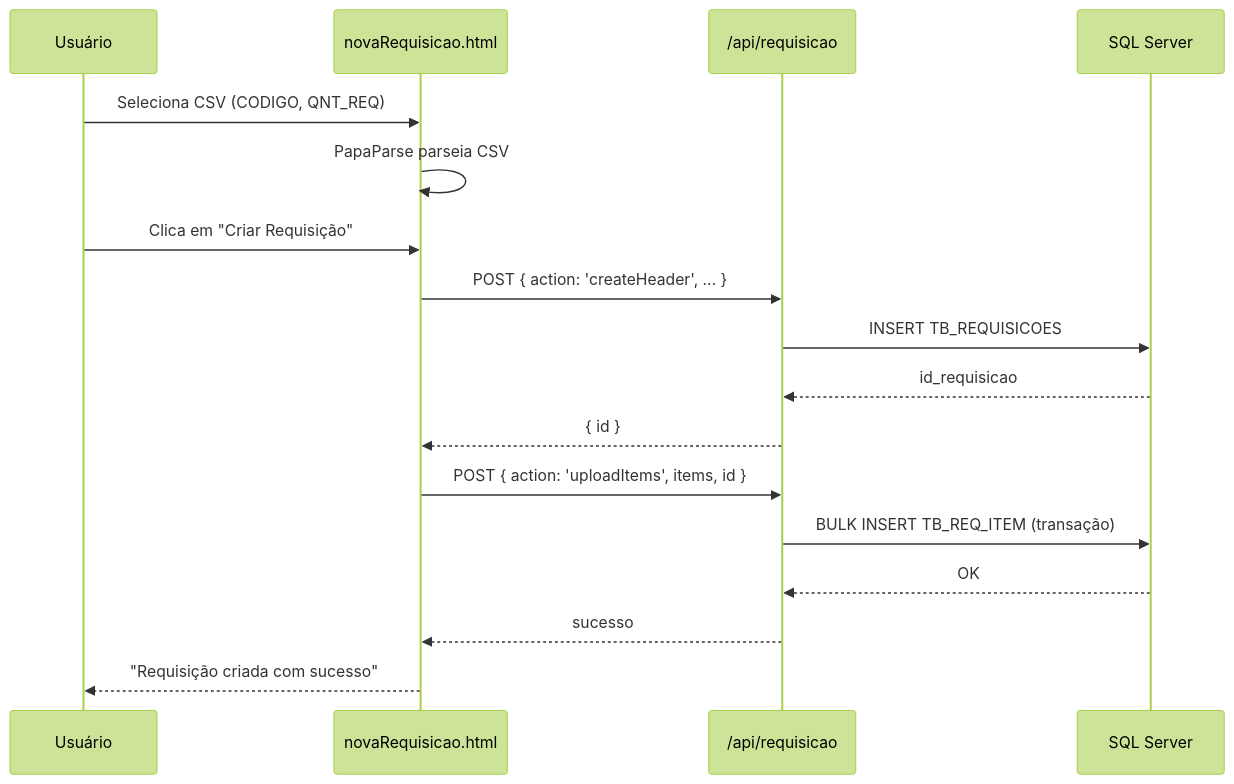
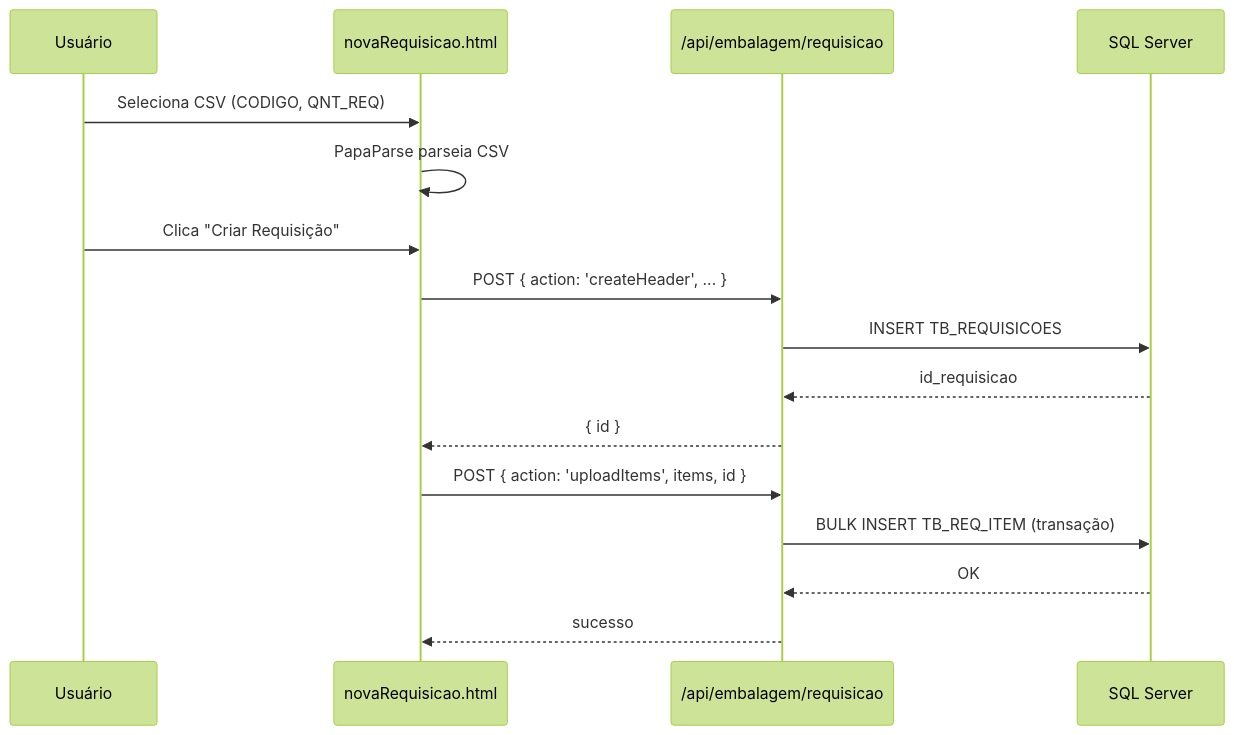
The first of 2 diagrams in modules/embalagem/README.md (RodrigoF-Lara/sgc-sistema-gestao-customic), drawn with Mermaid (forest theme) before and after one commit. The commit also changed other lines of this file and 3 other files, not shown here.

Commit message:
docs: sincroniza copilot-instructions e README do embalagem com estrutura pos-Fase-1; adiciona README raiz; remove SQL_Scripts/

````diff
--- a/modules/embalagem/README.md
+++ b/modules/embalagem/README.md
@@ -112,20 +93,19 @@
 ```mermaid
 sequenceDiagram
     participant U as Usuário
     participant FE as novaRequisicao.html
-    participant API as /api/requisicao
+    participant API as /api/embalagem/requisicao
     participant DB as SQL Server
 
     U->>FE: Seleciona CSV (CODIGO, QNT_REQ)
     FE->>FE: PapaParse parseia CSV
-    U->>FE: Clica em "Criar Requisição"
+    U->>FE: Clica "Criar Requisição"
     FE->>API: POST { action: 'createHeader', ... }
     API->>DB: INSERT TB_REQUISICOES
     DB-->>API: id_requisicao
     API-->>FE: { id }
     FE->>API: POST { action: 'uploadItems', items, id }
     API->>DB: BULK INSERT TB_REQ_ITEM (transação)
     DB-->>API: OK
     API-->>FE: sucesso
-    FE-->>U: "Requisição criada com sucesso"
 ```
````
